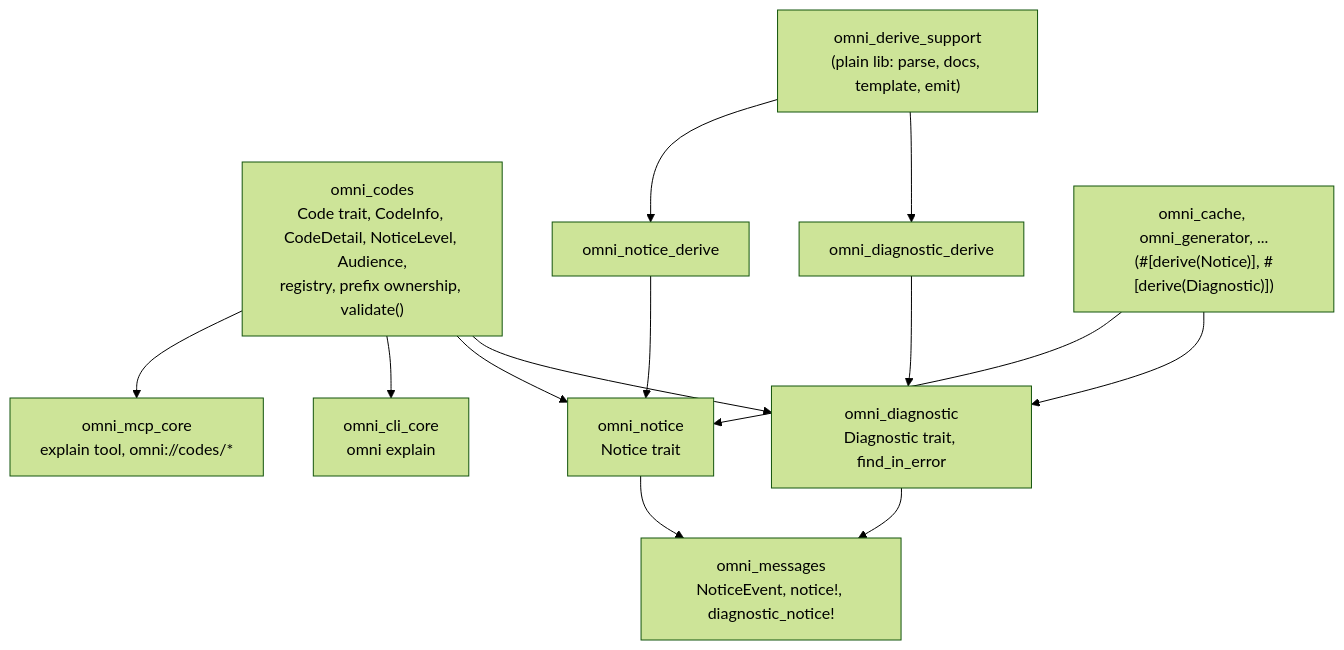
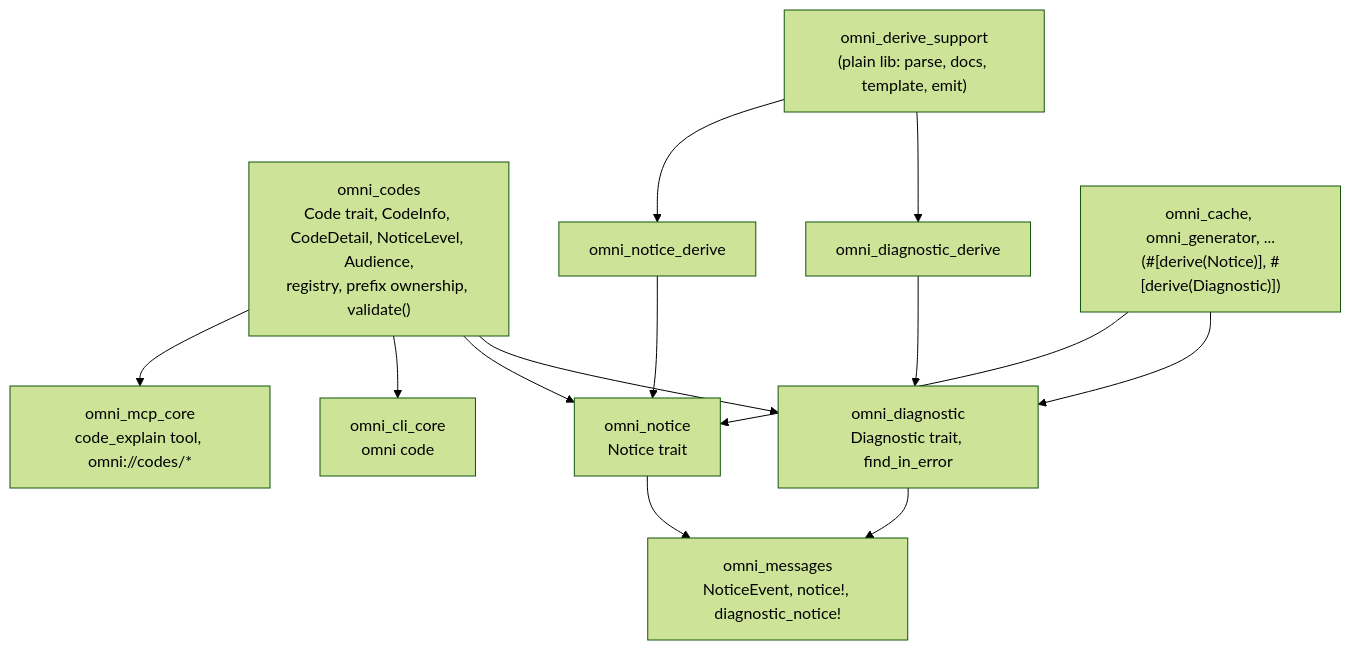
The second of 2 diagrams in docs/rfc/0023-events-diagnostics-notices-and-tracing.md (omni-oss/omni), drawn with Mermaid (forest theme) before and after one commit. The commit also changed other lines of this file and 27 other files, not shown here.

Commit message:
refactor(cli): omni code {list,explain}, MCP code_explain, drop every explain name; update RFC and docs

````diff
--- a/docs/rfc/0023-events-diagnostics-notices-and-tracing.md
+++ b/docs/rfc/0023-events-diagnostics-notices-and-tracing.md
@@ -371,26 +371,26 @@
 ```mermaid
 flowchart TD
     codes["omni_codes<br/>Code trait, CodeInfo, CodeDetail, NoticeLevel, Audience,<br/>registry, prefix ownership, validate()"]
     support["omni_derive_support<br/>(plain lib: parse, docs, template, emit)"]
     dderive["omni_diagnostic_derive"]
     nderive["omni_notice_derive"]
     diag["omni_diagnostic<br/>Diagnostic trait, find_in_error"]
     notice["omni_notice<br/>Notice trait"]
     msgs["omni_messages<br/>NoticeEvent, notice!, diagnostic_notice!"]
-    cli["omni_cli_core<br/>omni explain"]
-    mcp["omni_mcp_core<br/>explain tool, omni://codes/*"]
+    cli["omni_cli_core<br/>omni code"]
+    mcp["omni_mcp_core<br/>code_explain tool, omni://codes/*"]
     users["omni_cache, omni_generator, ...<br/>(#[derive(Notice)], #[derive(Diagnostic)])"]
 
     support --> dderive
     support --> nderive
     dderive --> diag
     nderive --> notice
     codes --> diag
     codes --> notice
     notice --> msgs
     diag --> msgs
     users --> diag
     users --> notice
     codes --> cli
     codes --> mcp
 ```
````
